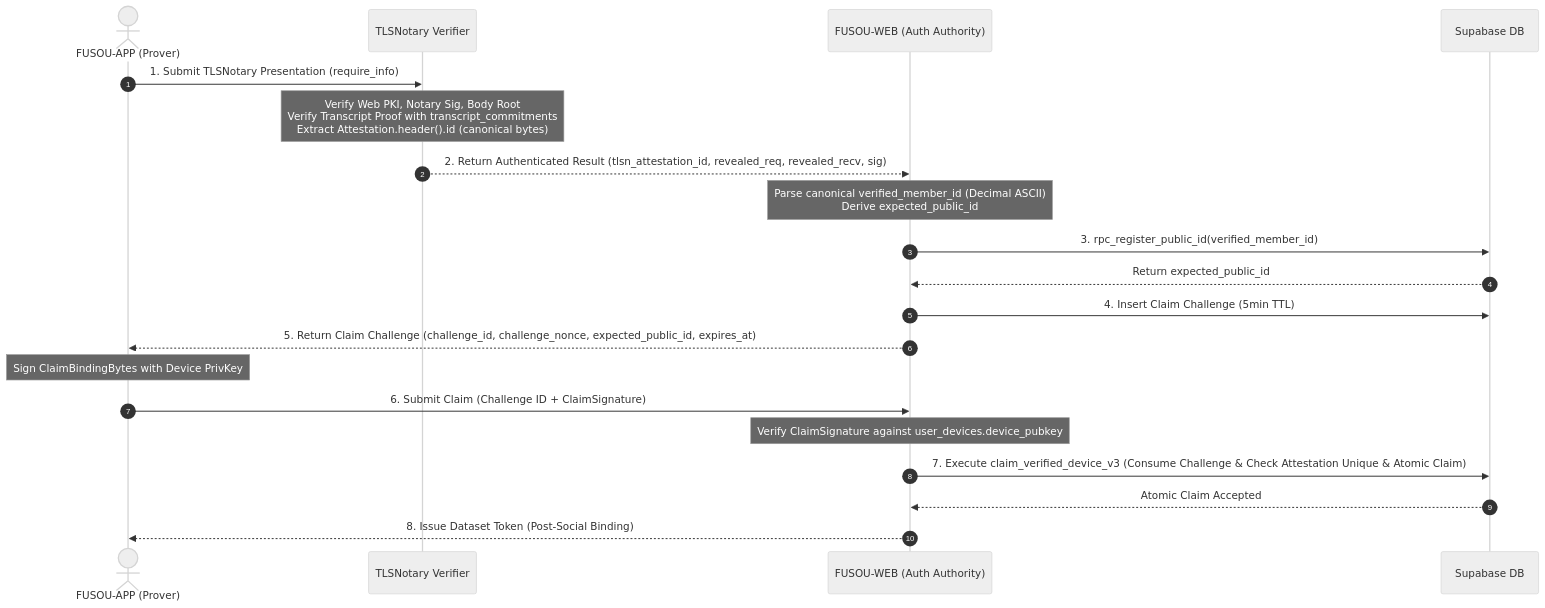
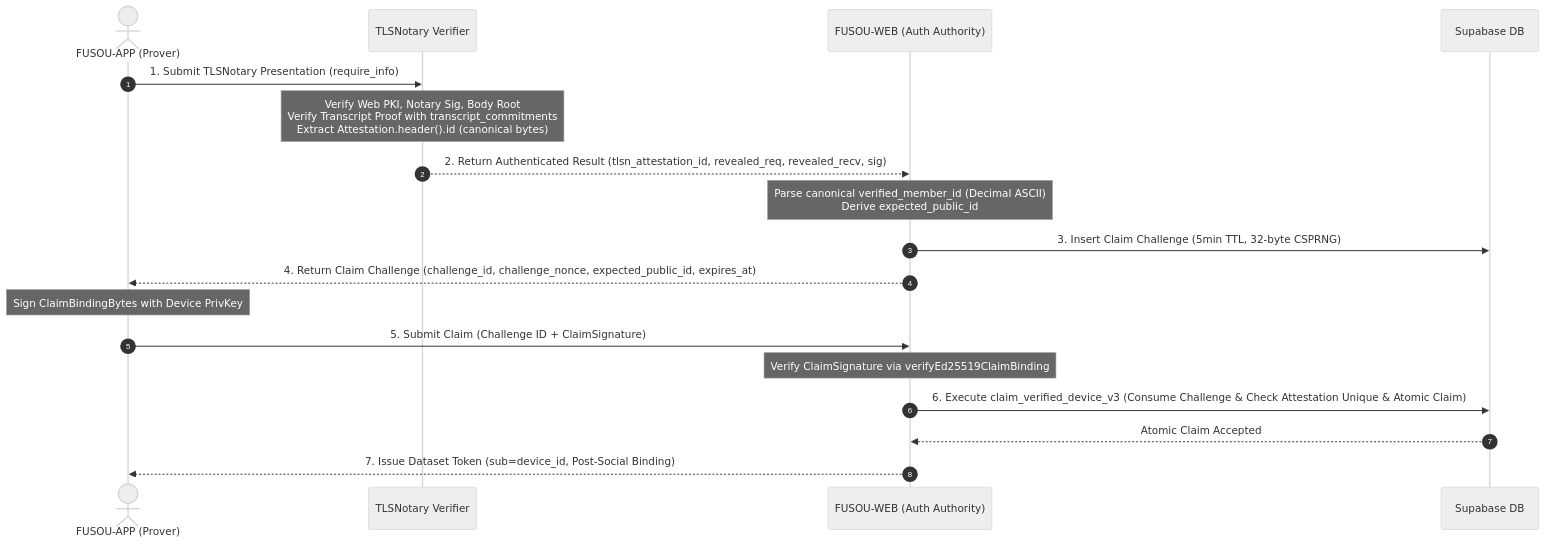
The second of 2 diagrams in docs/operations/member-id-preemptive-attack-and-recovery.md (tsukasa-u/FUSOU), drawn with Mermaid (neutral theme) before and after one commit. The commit also changed other lines of this file and 1 other file, not shown here.

````diff
--- a/docs/operations/member-id-preemptive-attack-and-recovery.md
+++ b/docs/operations/member-id-preemptive-attack-and-recovery.md
@@ -270,23 +271,21 @@
 ```mermaid
 sequenceDiagram
     autonumber
     actor Client as FUSOU-APP (Prover)
     participant Verifier as TLSNotary Verifier
     participant Web as FUSOU-WEB (Auth Authority)
     participant DB as Supabase DB
 
     Client->>Verifier: 1. Submit TLSNotary Presentation (require_info)
     Note over Verifier: Verify Web PKI, Notary Sig, Body Root<br/>Verify Transcript Proof with transcript_commitments<br/>Extract Attestation.header().id (canonical bytes)
     Verifier-->>Web: 2. Return Authenticated Result (tlsn_attestation_id, revealed_req, revealed_recv, sig)
     Note over Web: Parse canonical verified_member_id (Decimal ASCII)<br/>Derive expected_public_id
-    Web->>DB: 3. rpc_register_public_id(verified_member_id)
-    DB-->>Web: Return expected_public_id
-    Web->>DB: 4. Insert Claim Challenge (5min TTL)
-    Web-->>Client: 5. Return Claim Challenge (challenge_id, challenge_nonce, expected_public_id, expires_at)
+    Web->>DB: 3. Insert Claim Challenge (5min TTL, 32-byte CSPRNG)
+    Web-->>Client: 4. Return Claim Challenge (challenge_id, challenge_nonce, expected_public_id, expires_at)
     Note over Client: Sign ClaimBindingBytes with Device PrivKey
-    Client->>Web: 6. Submit Claim (Challenge ID + ClaimSignature)
-    Note over Web: Verify ClaimSignature against user_devices.device_pubkey
-    Web->>DB: 7. Execute claim_verified_device_v3 (Consume Challenge & Check Attestation Unique & Atomic Claim)
+    Client->>Web: 5. Submit Claim (Challenge ID + ClaimSignature)
+    Note over Web: Verify ClaimSignature via verifyEd25519ClaimBinding
+    Web->>DB: 6. Execute claim_verified_device_v3 (Consume Challenge & Check Attestation Unique & Atomic Claim)
     DB-->>Web: Atomic Claim Accepted
-    Web-->>Client: 8. Issue Dataset Token (Post-Social Binding)
+    Web-->>Client: 7. Issue Dataset Token (sub=device_id, Post-Social Binding)
 ```
````
